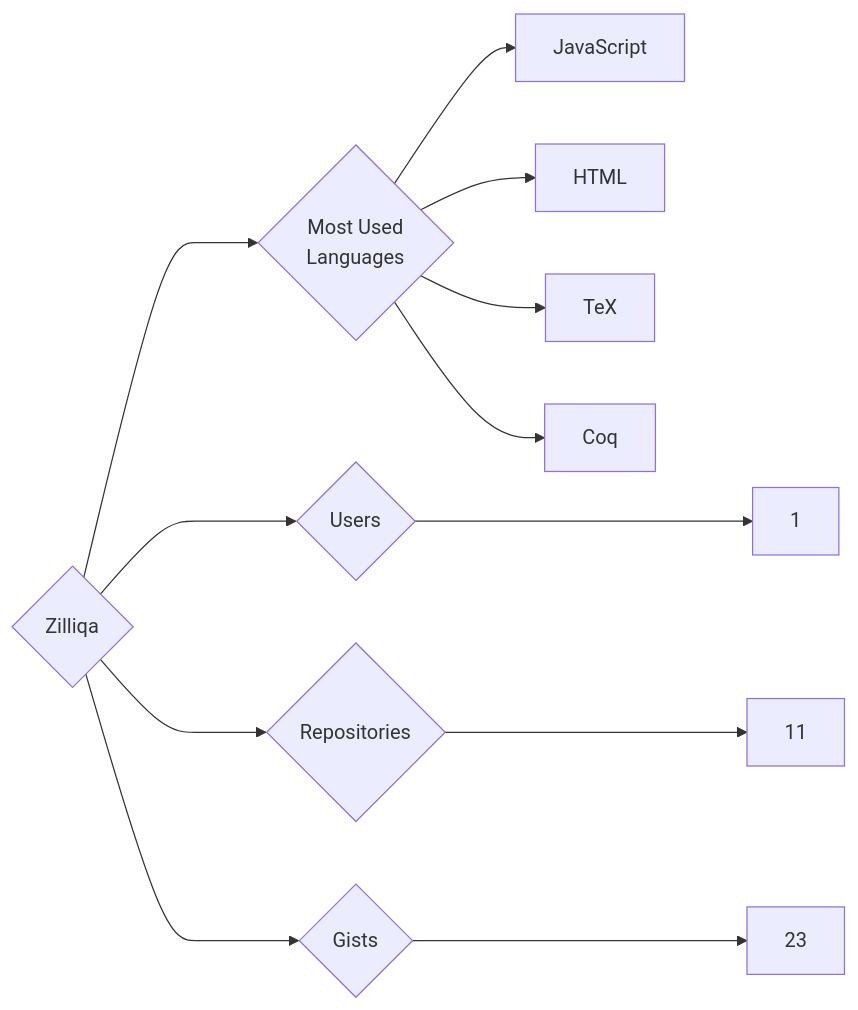
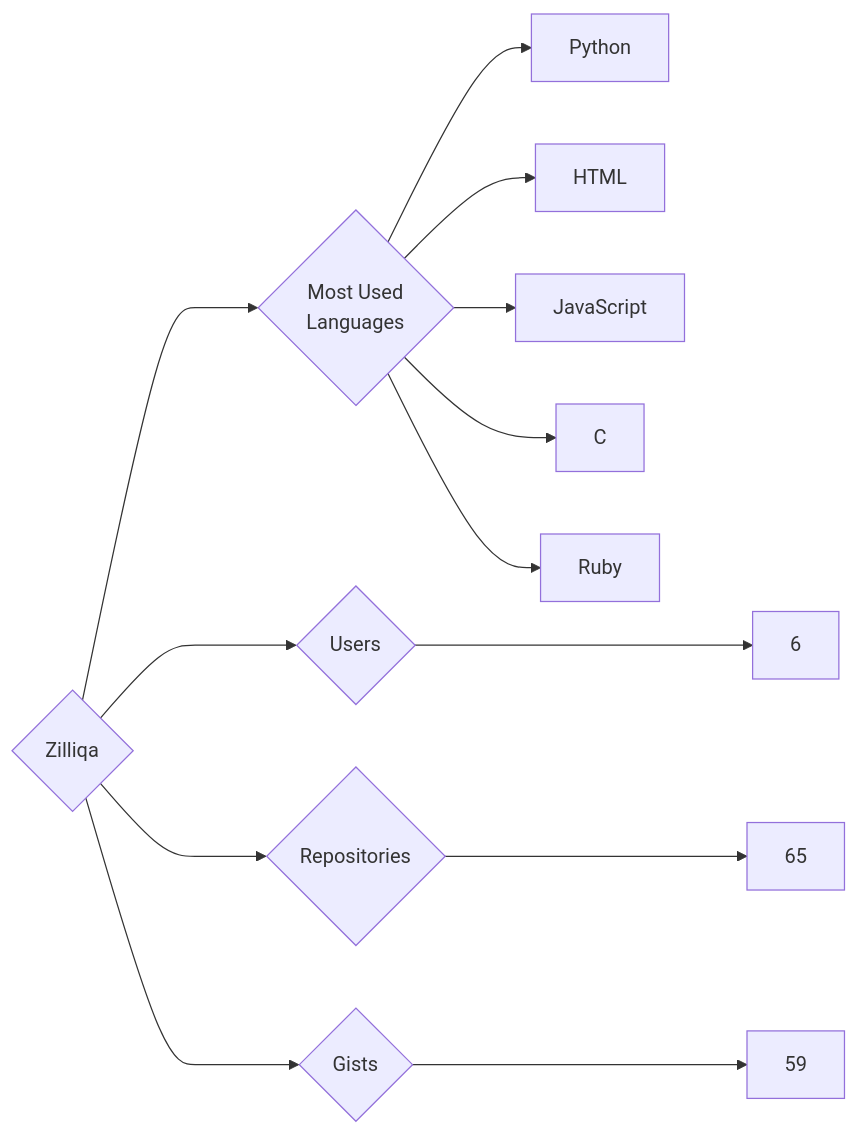
The diagram in targets/Zilliqa/README.md (trickest/insiders), drawn with Mermaid before and after one commit. The commit also changed 969 other files, not shown here.

````diff
--- a/targets/Zilliqa/README.md
+++ b/targets/Zilliqa/README.md
@@ -3,12 +3,13 @@
 ```mermaid
 graph LR
 COMPANY_NAME{Zilliqa}
-COMPANY_NAME ---> U{Users} ---> UN[1]
-COMPANY_NAME ---> R{Repositories} ---> RN[11]
-COMPANY_NAME ---> G{Gists} ---> GN[23]
+COMPANY_NAME ---> U{Users} ---> UN[6]
+COMPANY_NAME ---> R{Repositories} ---> RN[65]
+COMPANY_NAME ---> G{Gists} ---> GN[59]
 COMPANY_NAME ---> ML{Most Used<br>Languages}
+ML --> Python[Python]
+ML --> HTML[HTML]
 ML --> JavaScript[JavaScript]
-ML --> HTML[HTML]
-ML --> TeX[TeX]
-ML --> Coq[Coq]
+ML --> C[C]
+ML --> Ruby[Ruby]
 ```
````
